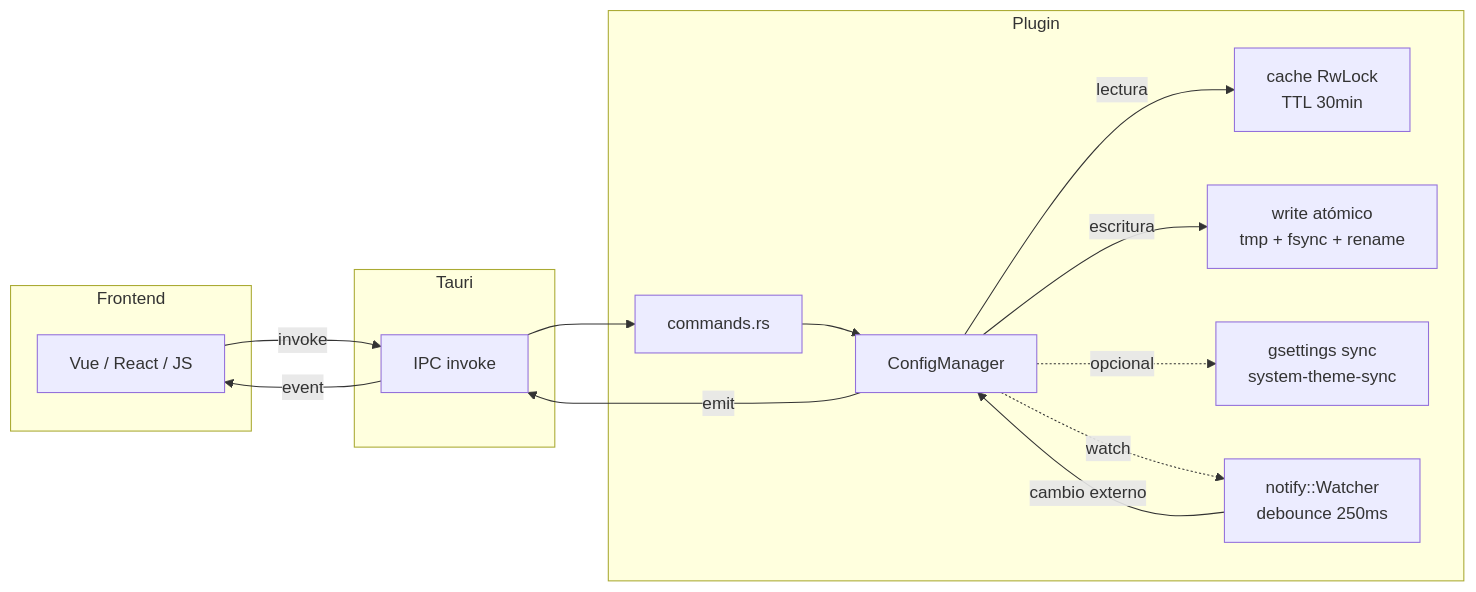
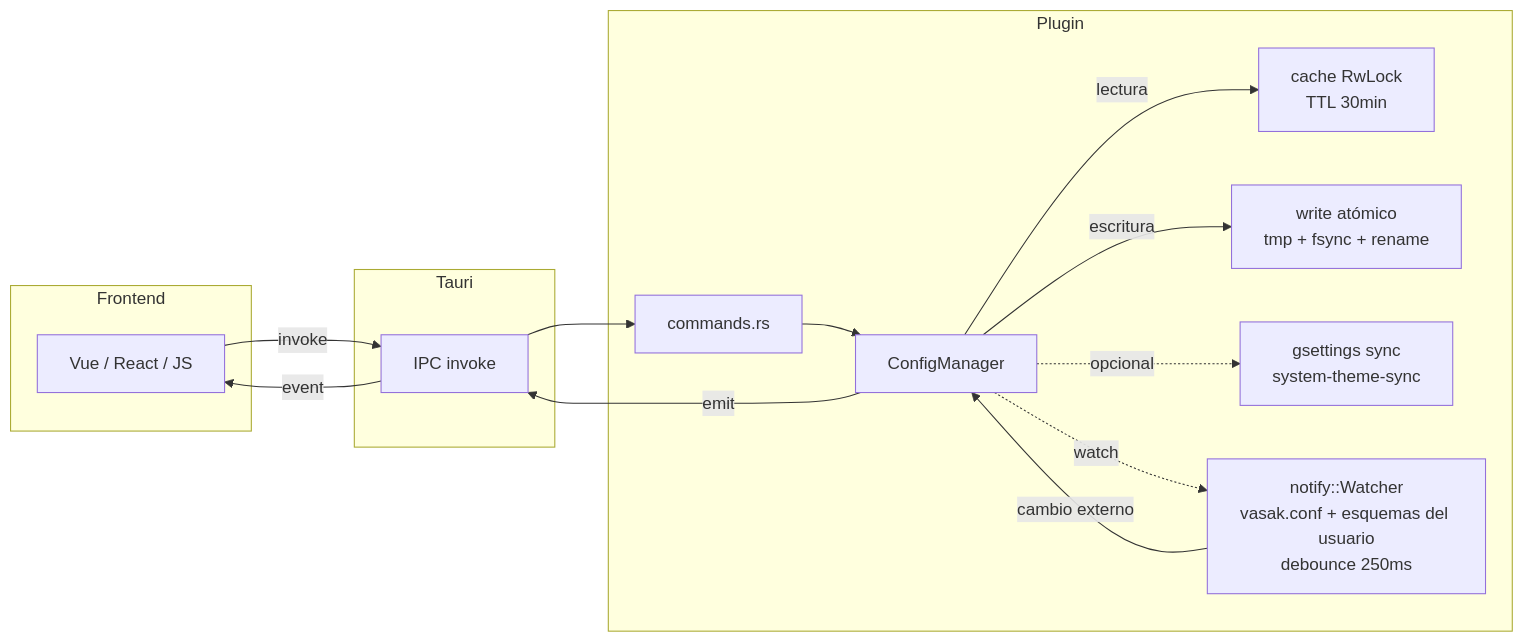
Before and after one commit to Vasak-OS/tauri-plugin-config-manager: the diagram in README.md, drawn with Mermaid. The commit also changed other lines of this file and 15 other files, not shown here.

````diff
--- a/README.md
+++ b/README.md
@@ -320,28 +348,28 @@
 ```mermaid
 flowchart LR
     subgraph Frontend
         A[Vue / React / JS]
     end
     subgraph Tauri
         B[IPC invoke]
     end
     subgraph Plugin
         C[commands.rs]
         D[ConfigManager]
         E[cache RwLock<br/>TTL 30min]
         F[write atómico<br/>tmp + fsync + rename]
         G[gsettings sync<br/>system-theme-sync]
-        H[notify::Watcher<br/>debounce 250ms]
+        H[notify::Watcher<br/>vasak.conf + esquemas del usuario<br/>debounce 250ms]
     end
 
     A -->|invoke| B
     B --> C
     C --> D
     D -->|lectura| E
     D -->|escritura| F
     D -.->|opcional| G
     D -.->|watch| H
     H -->|cambio externo| D
     D -->|emit| B
     B -->|event| A
 ```
````
